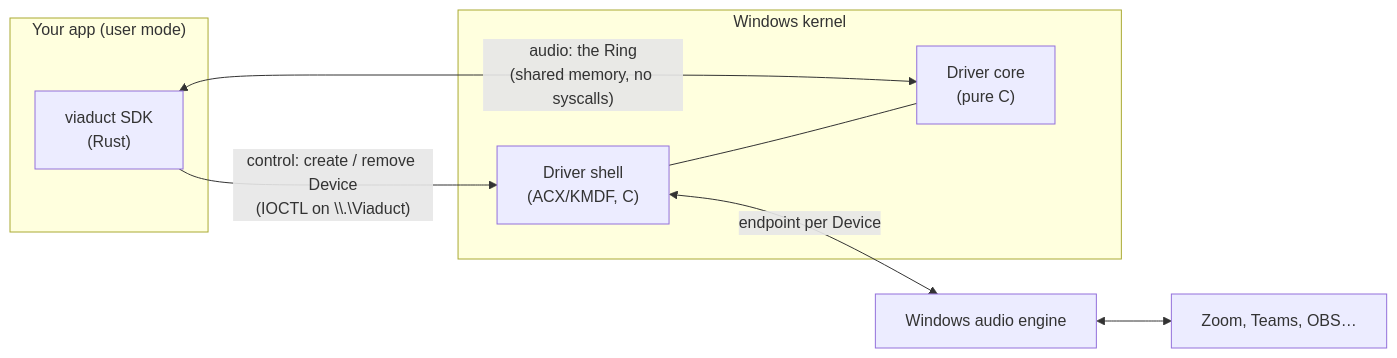
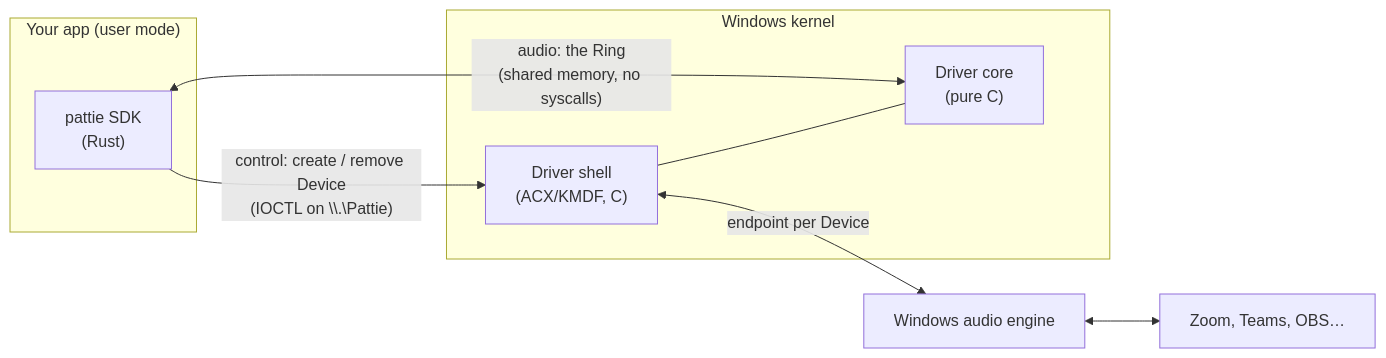
One commit to RankJay/pattie changed the diagram in README.md. Above: the diagram before and after it, drawn with Mermaid. The commit also changed other lines of this file and 203 other files, not shown here.

Commit message:
refactor: rename Viaduct to Pattie across the project; update dependencies, documentation, and examples to reflect the new naming convention

````diff
--- a/README.md
+++ b/README.md
@@ -79,18 +78,18 @@
 ```mermaid
 flowchart LR
     subgraph App["Your app (user mode)"]
-        SDK["viaduct SDK<br/>(Rust)"]
+        SDK["pattie SDK<br/>(Rust)"]
     end
     subgraph Kernel["Windows kernel"]
         Shell["Driver shell<br/>(ACX/KMDF, C)"]
         Core["Driver core<br/>(pure C)"]
     end
     Engine["Windows audio engine"]
     Zoom["Zoom, Teams, OBS…"]
 
-    SDK -- "control: create / remove Device<br/>(IOCTL on \\.\Viaduct)" --> Shell
+    SDK -- "control: create / remove Device<br/>(IOCTL on \\.\Pattie)" --> Shell
     SDK <-- "audio: the Ring<br/>(shared memory, no syscalls)" --> Core
     Shell --- Core
     Shell <-- "endpoint per Device" --> Engine
     Engine <--> Zoom
 ```
````
